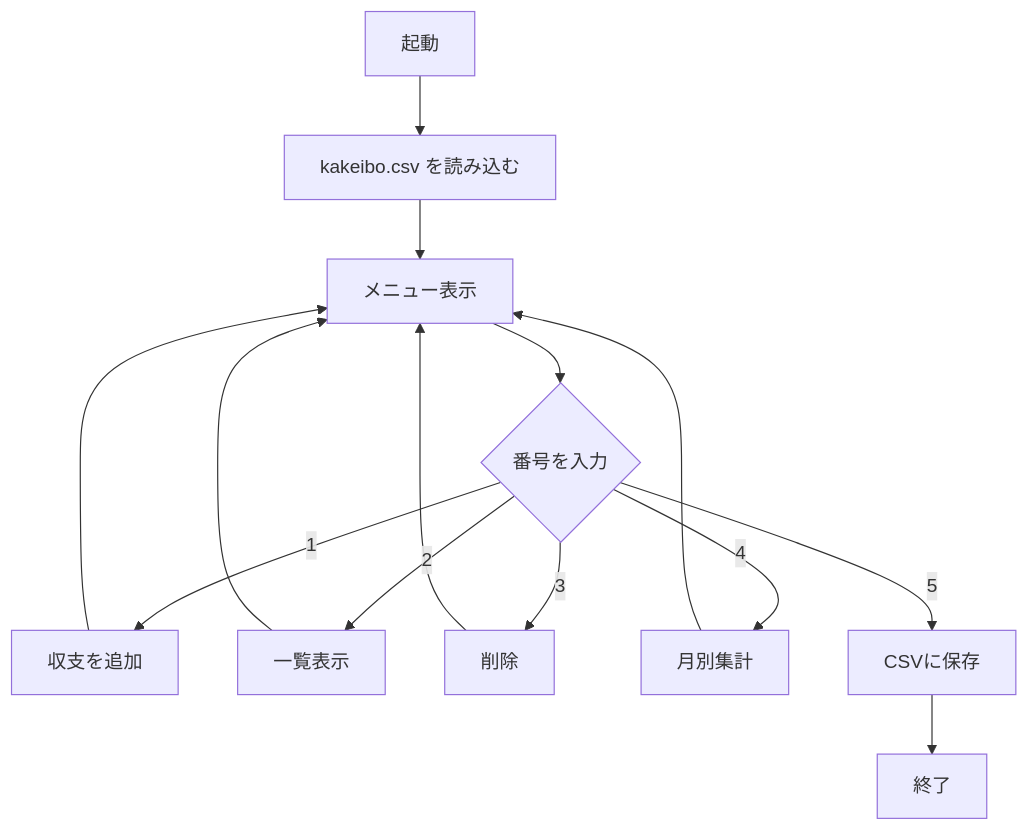
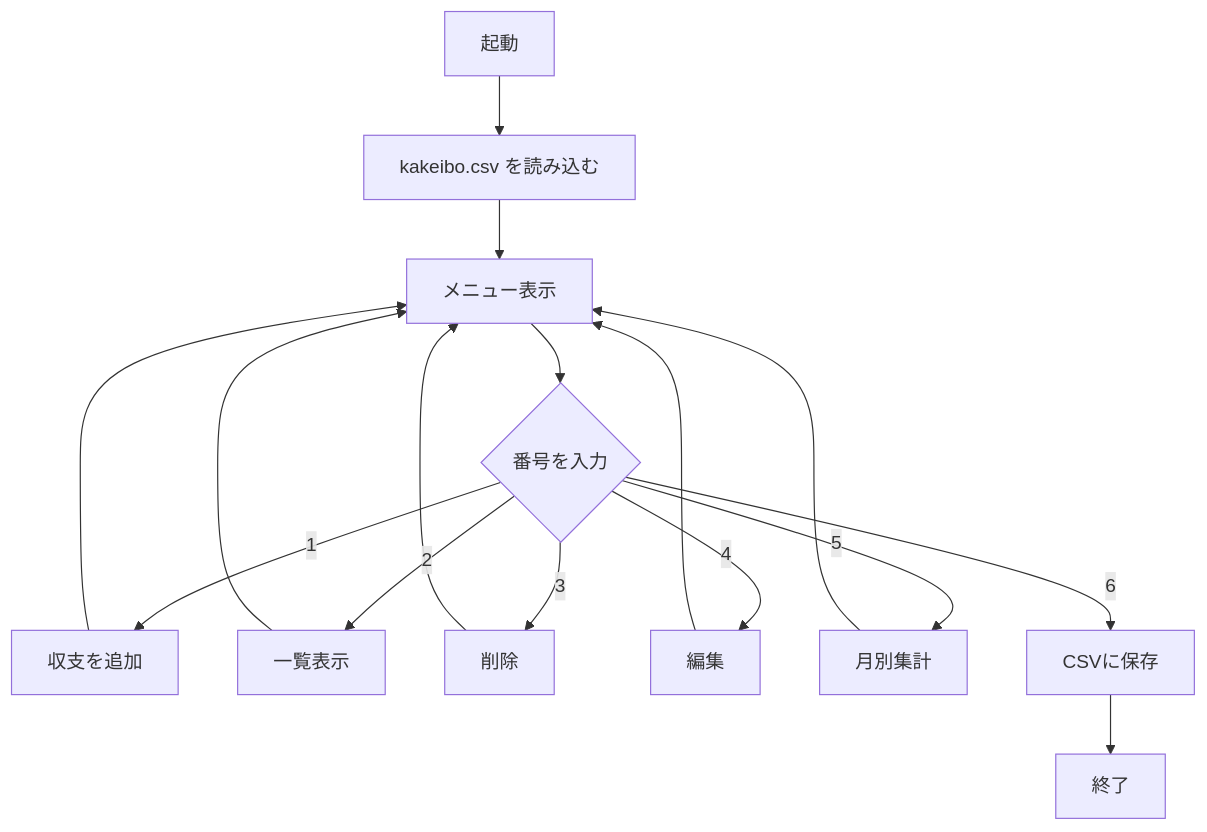
Before and after one commit to shuuuuuu987123/kakeibo: the second of 2 diagrams in README.md, drawn with Mermaid. The commit also changed other lines of this file and 2 other files, not shown here.

Commit message:
編集機能を追加

````diff
--- a/README.md
+++ b/README.md
@@ -64,16 +65,18 @@
 ```mermaid
 flowchart TD
     A[起動] --> B[kakeibo.csv を読み込む]
     B --> C[メニュー表示]
     C --> D{番号を入力}
     D -->|1| E[収支を追加]
     D -->|2| F[一覧表示]
     D -->|3| G[削除]
-    D -->|4| H[月別集計]
-    D -->|5| I[CSVに保存]
+    D -->|4| E2[編集]
+    D -->|5| H[月別集計]
+    D -->|6| I[CSVに保存]
     I --> J[終了]
     E --> C
     F --> C
     G --> C
+    E2 --> C
     H --> C
 ```
````
